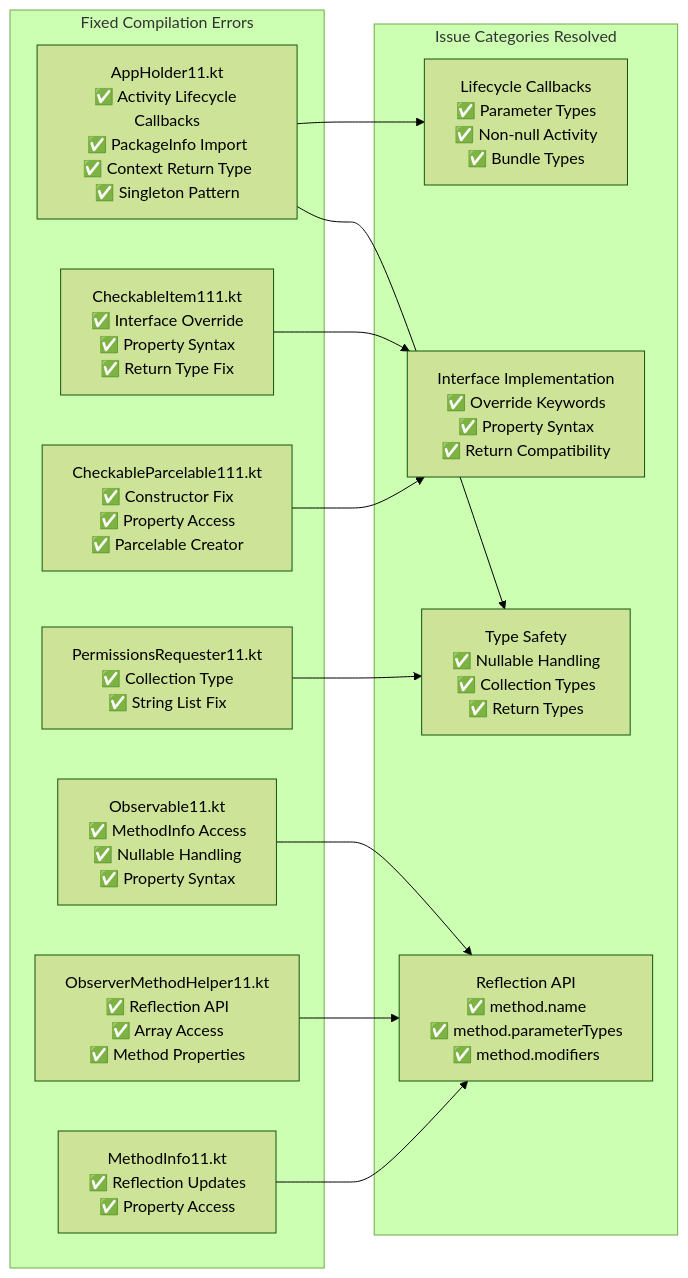
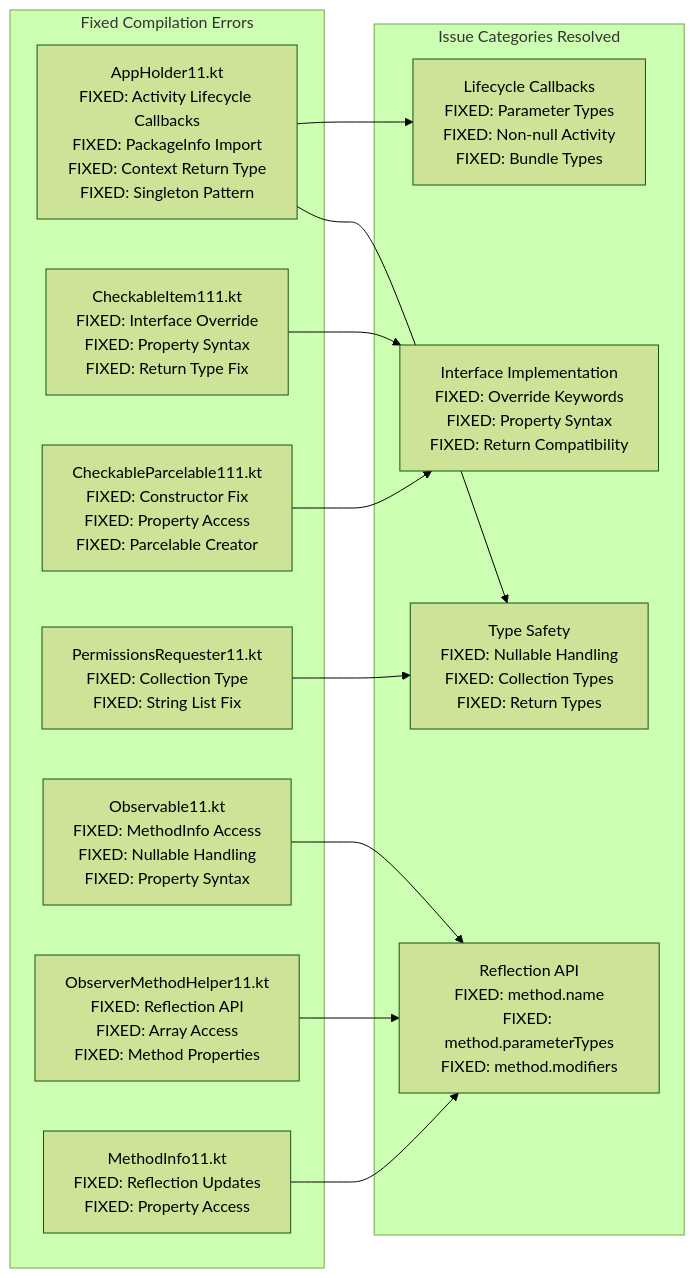
One commit to uclgsr/IRCamera changed the first of 13 diagrams in MERMAID_DIAGRAMS.md. Above: the diagram before and after it, drawn with Mermaid (forest theme). The commit also changed other lines of this file and 7 other files, not shown here.

````diff
--- a/MERMAID_DIAGRAMS.md
+++ b/MERMAID_DIAGRAMS.md
@@ -7,37 +7,37 @@
 ```mermaid
 graph LR
     subgraph "Fixed Compilation Errors"
-        AppHolder[AppHolder11.kt<br/>✅ Activity Lifecycle Callbacks<br/>✅ PackageInfo Import<br/>✅ Context Return Type<br/>✅ Singleton Pattern]
+        AppHolder[AppHolder11.kt<br/>FIXED: Activity Lifecycle Callbacks<br/>FIXED: PackageInfo Import<br/>FIXED: Context Return Type<br/>FIXED: Singleton Pattern]
         
-        CheckableItem[CheckableItem111.kt<br/>✅ Interface Override<br/>✅ Property Syntax<br/>✅ Return Type Fix]
+        CheckableItem[CheckableItem111.kt<br/>FIXED: Interface Override<br/>FIXED: Property Syntax<br/>FIXED: Return Type Fix]
         
-        CheckableParcelable[CheckableParcelable111.kt<br/>✅ Constructor Fix<br/>✅ Property Access<br/>✅ Parcelable Creator]
+        CheckableParcelable[CheckableParcelable111.kt<br/>FIXED: Constructor Fix<br/>FIXED: Property Access<br/>FIXED: Parcelable Creator]
         
-        PermissionsReq[PermissionsRequester11.kt<br/>✅ Collection Type<br/>✅ String List Fix]
+        PermissionsReq[PermissionsRequester11.kt<br/>FIXED: Collection Type<br/>FIXED: String List Fix]
         
-        Observable[Observable11.kt<br/>✅ MethodInfo Access<br/>✅ Nullable Handling<br/>✅ Property Syntax]
+        Observable[Observable11.kt<br/>FIXED: MethodInfo Access<br/>FIXED: Nullable Handling<br/>FIXED: Property Syntax]
         
-        ObserverHelper[ObserverMethodHelper11.kt<br/>✅ Reflection API<br/>✅ Array Access<br/>✅ Method Properties]
+        ObserverHelper[ObserverMethodHelper11.kt<br/>FIXED: Reflection API<br/>FIXED: Array Access<br/>FIXED: Method Properties]
         
-        MethodInfo[MethodInfo11.kt<br/>✅ Reflection Updates<br/>✅ Property Access]
+        MethodInfo[MethodInfo11.kt<br/>FIXED: Reflection Updates<br/>FIXED: Property Access]
     end
     
     subgraph "Issue Categories Resolved"
-        TypeSafety[Type Safety<br/>✅ Nullable Handling<br/>✅ Collection Types<br/>✅ Return Types]
+        TypeSafety[Type Safety<br/>FIXED: Nullable Handling<br/>FIXED: Collection Types<br/>FIXED: Return Types]
         
-        ReflectionAPI[Reflection API<br/>✅ method.name<br/>✅ method.parameterTypes<br/>✅ method.modifiers]
+        ReflectionAPI[Reflection API<br/>FIXED: method.name<br/>FIXED: method.parameterTypes<br/>FIXED: method.modifiers]
         
-        InterfaceImpl[Interface Implementation<br/>✅ Override Keywords<br/>✅ Property Syntax<br/>✅ Return Compatibility]
+        InterfaceImpl[Interface Implementation<br/>FIXED: Override Keywords<br/>FIXED: Property Syntax<br/>FIXED: Return Compatibility]
         
-        LifecycleCallbacks[Lifecycle Callbacks<br/>✅ Parameter Types<br/>✅ Non-null Activity<br/>✅ Bundle Types]
+        LifecycleCallbacks[Lifecycle Callbacks<br/>FIXED: Parameter Types<br/>FIXED: Non-null Activity<br/>FIXED: Bundle Types]
     end
     
     AppHolder --> TypeSafety
     CheckableItem --> InterfaceImpl  
     CheckableParcelable --> InterfaceImpl
     PermissionsReq --> TypeSafety
     Observable --> ReflectionAPI
     ObserverHelper --> ReflectionAPI
     MethodInfo --> ReflectionAPI
     AppHolder --> LifecycleCallbacks
 ```
````
